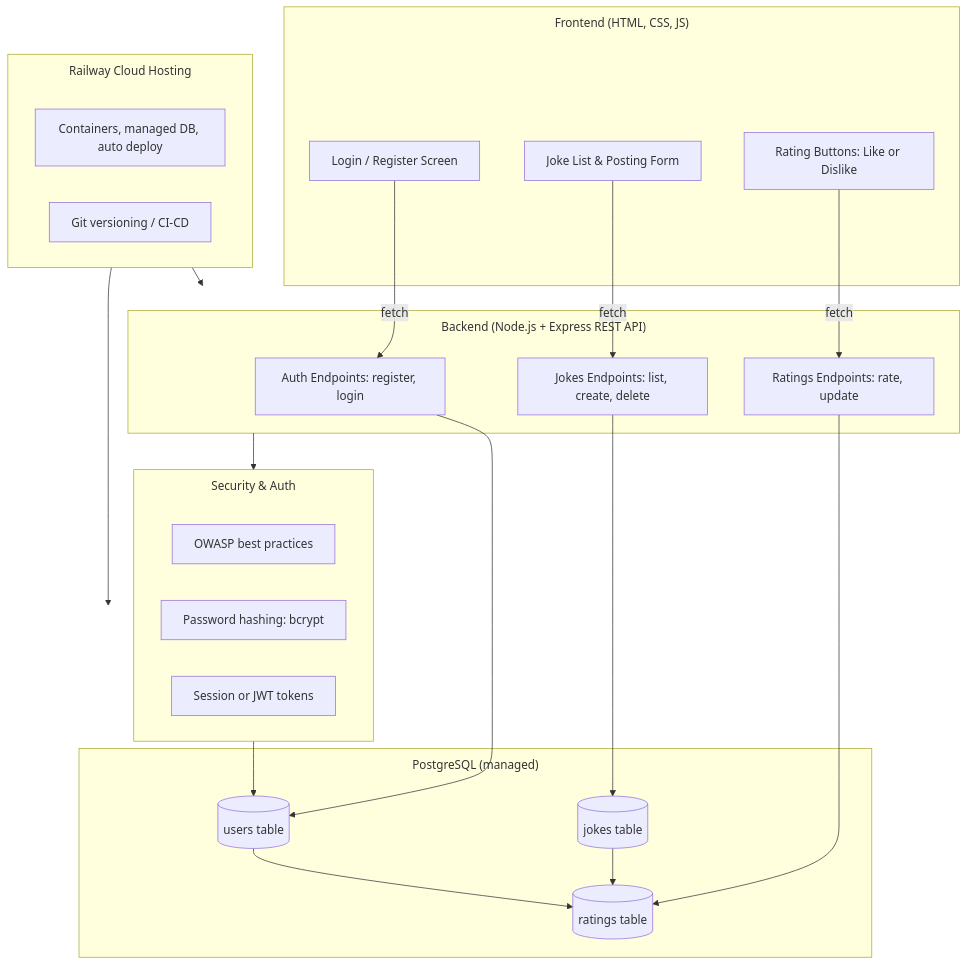
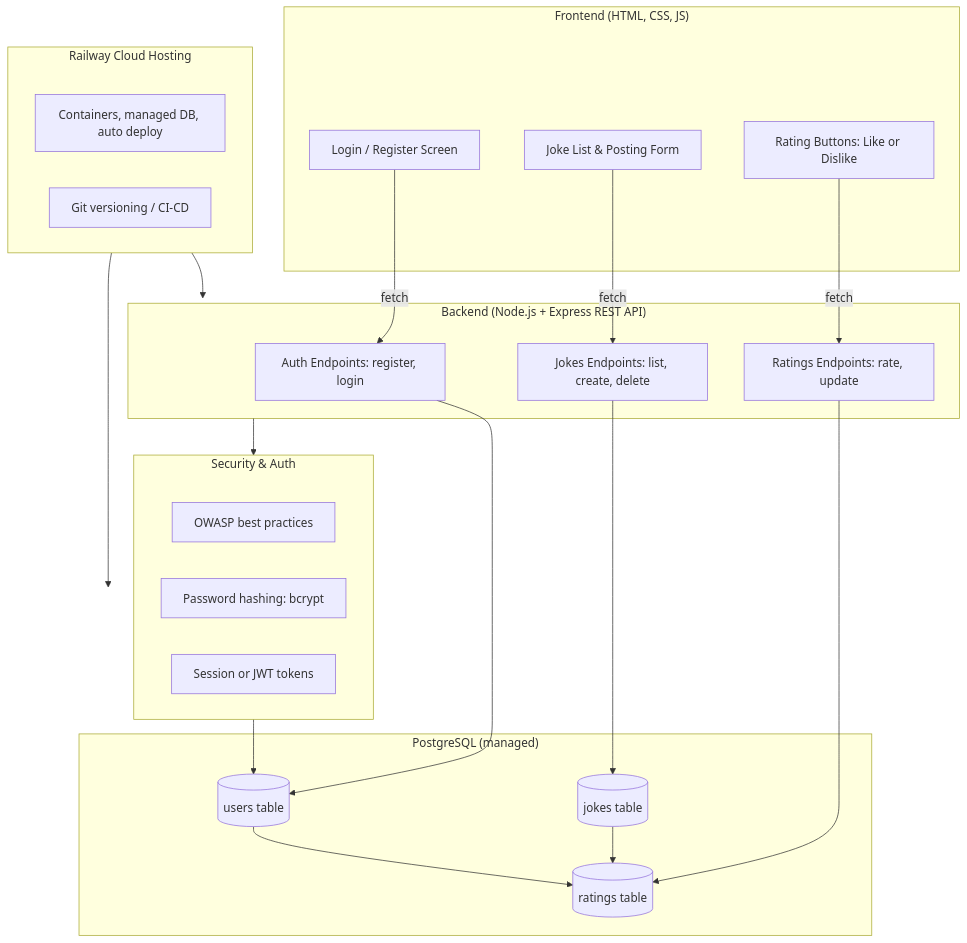
One commit to zotyag/UniMiniProject changed the diagram in rendszerterv.md. Above: the diagram before and after it, drawn with Mermaid.

Commit message:
Fixed mermaid bug in rendszerterv.md 2

````diff
--- a/rendszerterv.md
+++ b/rendszerterv.md
@@ -23,62 +23,62 @@
 ```mermaid
 %%{init:{
   "flowchart":{
-    "subGraphTitleMargin": { "top": 10, "bottom": 30 },
+    "subGraphTitleMargin": { "top": 0, "bottom": 30 },
     "htmlLabels": true
   }
 }}%%
 
 flowchart TD
 
 %% Frontend
 subgraph Client["Frontend (HTML, CSS, JS)"]
   UI["Login / Register Screen"]
   JokesUI["Joke List & Posting Form"]
   RateUI["Rating Buttons: Like or Dislike"]
 end
 
 %% Backend API
 subgraph API["Backend (Node.js + Express REST API)"]
   AuthAPI["Auth Endpoints: register, login"]
   JokeAPI["Jokes Endpoints: list, create, delete"]
   RateAPI["Ratings Endpoints: rate, update"]
 end
 
 %% Database
 subgraph DB["PostgreSQL (managed)"]
   Users[("users table")]
   Jokes[("jokes table")]
   Ratings[("ratings table")]
 end
 
 %% Infrastructure
 subgraph Infra["Railway Cloud Hosting"]
   Railway["Containers, managed DB, auto deploy"]
   Git["Git versioning / CI-CD"]
 end
 
 %% Security
 subgraph Security["Security & Auth"]
   OWASP["OWASP best practices"]
   Hashing["Password hashing: bcrypt"]
   Session["Session or JWT tokens"]
 end
 
 %% Connections
 UI -->|fetch| AuthAPI
 JokesUI -->|fetch| JokeAPI
 RateUI -->|fetch| RateAPI
 
 AuthAPI --> Users
 JokeAPI --> Jokes
 RateAPI --> Ratings
 
 Users --> Ratings
 Jokes --> Ratings
 
 Infra --> API
 Infra --> DB
 
 API --> Security
 Security --> Users
 ```
````
